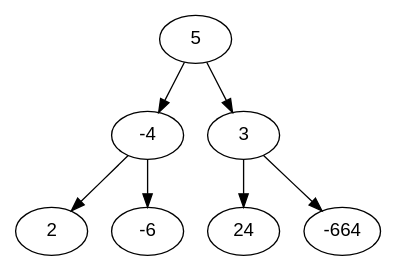
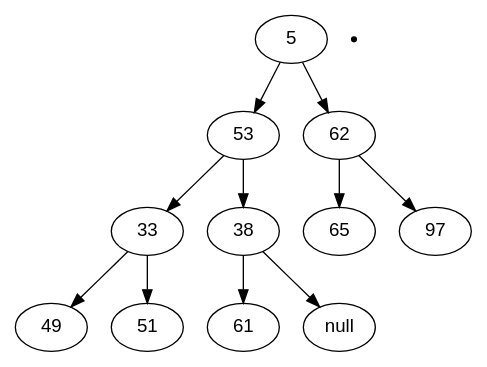
The diagram in x64/Release/tree.gv (serena-yu17/VisualizeBinaryTree), drawn with Graphviz before and after one commit. The commit also changed 23 other files, not shown here.

```diff
--- a/x64/Release/tree.gv
+++ b/x64/Release/tree.gv
@@ -1,16 +1,24 @@
 digraph binaryTree {
     node [fontname="Arial"];
     node0 [label="5"];
-    node1 [label="-4"];
+    node1 [label="53"];
     node0 -> node1;
-    node2 [label="2"];
+    node2 [label="33"];
     node1 -> node2;
-    node3 [label="-6"];
-    node1 -> node3;
-    node4 [label="3"];
-    node0 -> node4;
-    node5 [label="24"];
-    node4 -> node5;
-    node6 [label="-664"];
-    node4 -> node6;
+    node3 [label="49"];
+    node2 -> node3;
+    node4 [label="51"];
+    node2 -> node4;
+    node5 [label="38"];
+    node1 -> node5;
+    node6 [label="61"];
+    node5 -> node6;
+    null-861284944 [shape=point, ];
+    node5 -> null-861284944;
+    node7 [label="62"];
+    node0 -> node7;
+    node8 [label="65"];
+    node7 -> node8;
+    node9 [label="97"];
+    node7 -> node9;
 }
```
